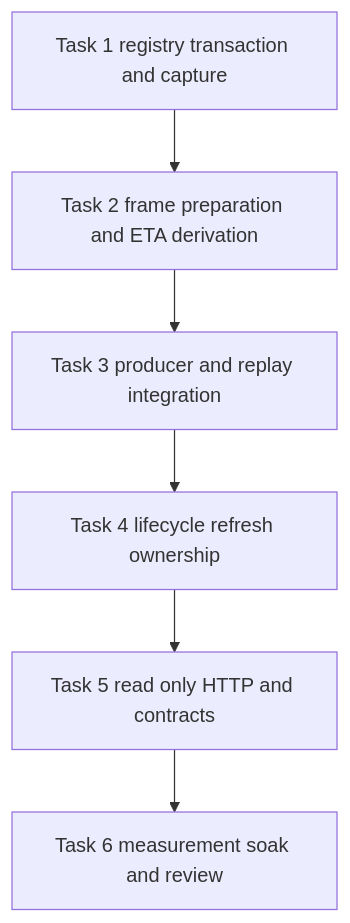
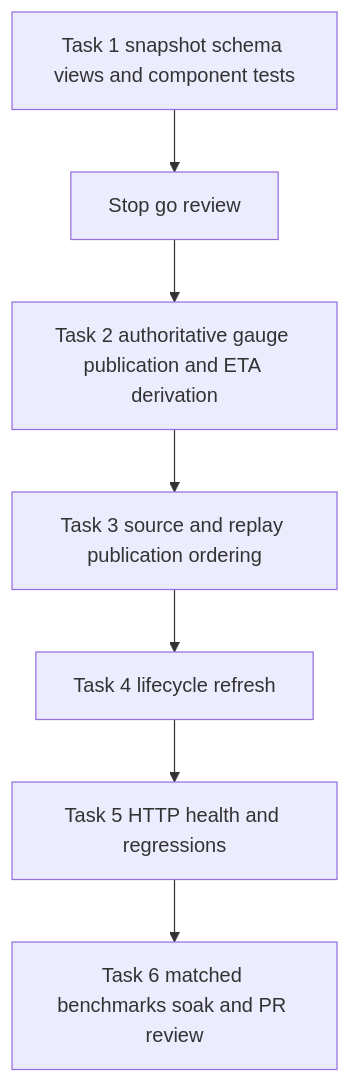
One commit to bcl1713/starlink-dashboard changed the diagram in docs/superpowers/plans/2026-10-21-perf-391-metrics-publication.md. Above: the diagram before and after it, drawn with Mermaid. The commit also changed other lines of this file and 6 other files, not shown here.

Commit message:
docs: simplify metrics publication design after PR 403 review

````diff
--- a/docs/superpowers/plans/2026-10-21-perf-391-metrics-publication.md
+++ b/docs/superpowers/plans/2026-10-21-perf-391-metrics-publication.md
@@ -70,8 +66,9 @@
 ```mermaid
 flowchart TD
-    A[Task 1 registry transaction and capture] --> B[Task 2 frame preparation and ETA derivation]
-    B --> C[Task 3 producer and replay integration]
-    C --> D[Task 4 lifecycle refresh ownership]
-    D --> E[Task 5 read only HTTP and contracts]
-    E --> F[Task 6 measurement soak and review]
+    A[Task 1 snapshot schema views and component tests] --> G[Stop go review]
+    G --> B[Task 2 authoritative gauge publication and ETA derivation]
+    B --> C[Task 3 source and replay publication ordering]
+    C --> D[Task 4 lifecycle refresh]
+    D --> E[Task 5 HTTP health and regressions]
+    E --> F[Task 6 matched benchmarks soak and PR review]
 ```
````
